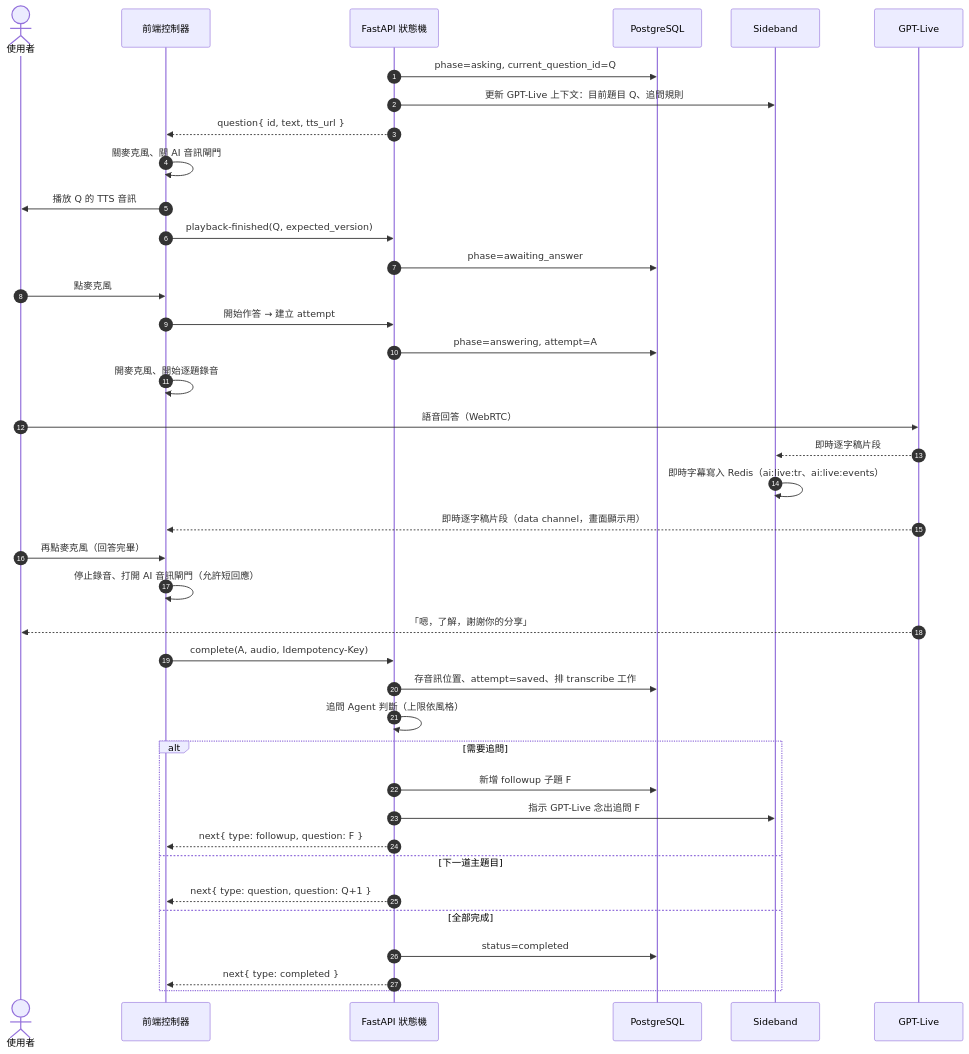
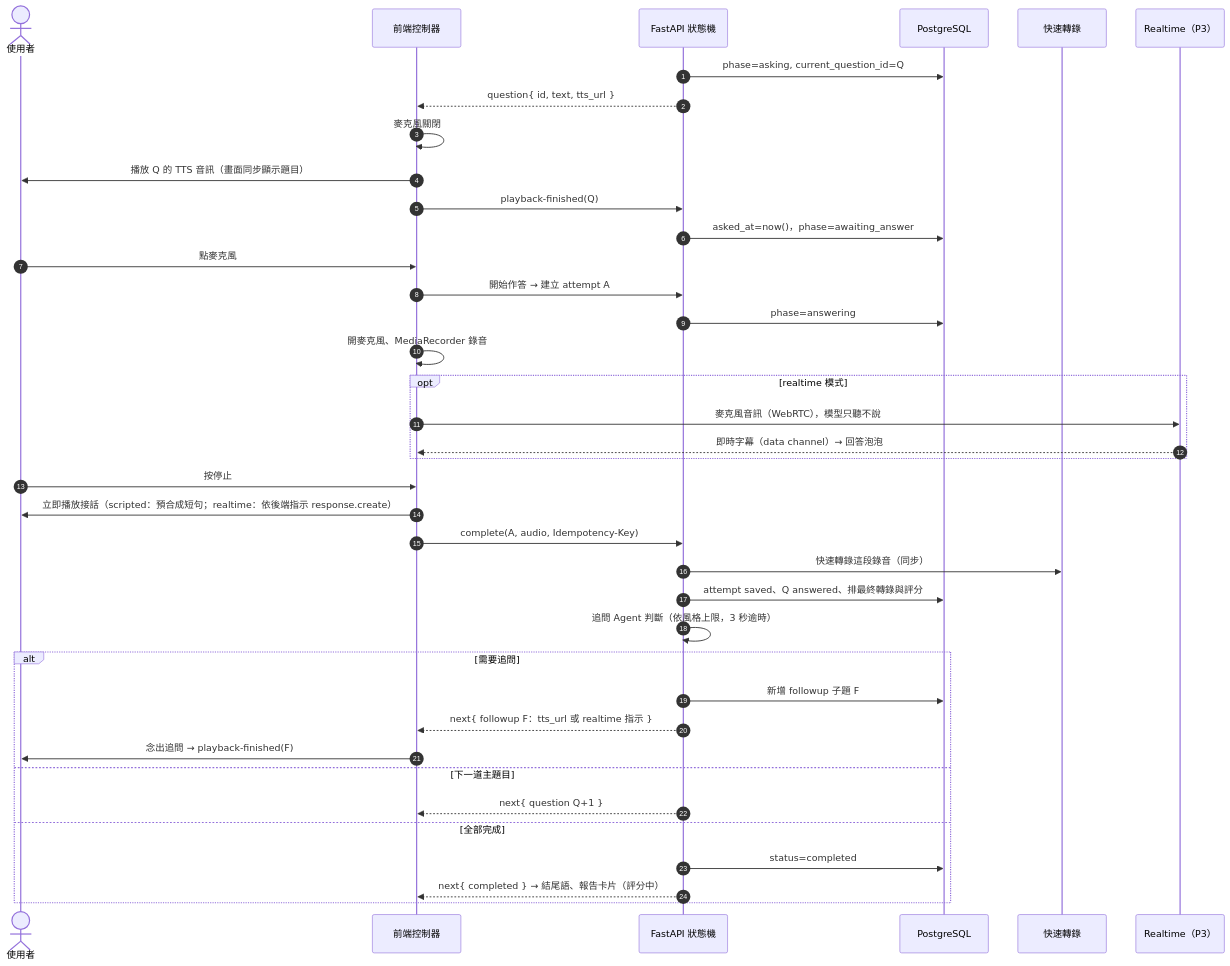
One commit to WilliamTsai1227/AI_Interview changed the sixth of 6 diagrams in spec/architecture.md. Above: the diagram before and after it, drawn with Mermaid. The commit also changed other lines of this file and 4 other files, not shown here.

````diff
--- a/spec/architecture.md
+++ b/spec/architecture.md
@@ -413,42 +440,41 @@
 ```mermaid
 sequenceDiagram
     autonumber
     actor U as 使用者
     participant FE as 前端控制器
     participant API as FastAPI 狀態機
     participant DB as PostgreSQL
-    participant SB as Sideband
-    participant GL as GPT-Live
+    participant STT as 快速轉錄
+    participant RT as Realtime（P3）
 
     API->>DB: phase=asking, current_question_id=Q
-    API->>SB: 更新 GPT-Live 上下文：目前題目 Q、追問規則
     API-->>FE: question{ id, text, tts_url }
-    FE->>FE: 關麥克風、關 AI 音訊閘門
-    FE->>U: 播放 Q 的 TTS 音訊
-    FE->>API: playback-finished(Q, expected_version)
-    API->>DB: phase=awaiting_answer
+    FE->>FE: 麥克風關閉
+    FE->>U: 播放 Q 的 TTS 音訊（畫面同步顯示題目）
+    FE->>API: playback-finished(Q)
+    API->>DB: asked_at=now()，phase=awaiting_answer
     U->>FE: 點麥克風
-    FE->>API: 開始作答 → 建立 attempt
-    API->>DB: phase=answering, attempt=A
-    FE->>FE: 開麥克風、開始逐題錄音
-    U->>GL: 語音回答（WebRTC）
-    GL-->>SB: 即時逐字稿片段
-    SB->>SB: 即時字幕寫入 Redis（ai:live:tr、ai:live:events）
-    GL-->>FE: 即時逐字稿片段（data channel，畫面顯示用）
-    U->>FE: 再點麥克風（回答完畢）
-    FE->>FE: 停止錄音、打開 AI 音訊閘門（允許短回應）
-    GL-->>U: 「嗯，了解，謝謝你的分享」
+    FE->>API: 開始作答 → 建立 attempt A
+    API->>DB: phase=answering
+    FE->>FE: 開麥克風、MediaRecorder 錄音
+    opt realtime 模式
+        FE->>RT: 麥克風音訊（WebRTC），模型只聽不說
+        RT-->>FE: 即時字幕（data channel）→ 回答泡泡
+    end
+    U->>FE: 按停止
+    FE->>U: 立即播放接話（scripted：預合成短句；realtime：依後端指示 response.create）
     FE->>API: complete(A, audio, Idempotency-Key)
-    API->>DB: 存音訊位置、attempt=saved、排 transcribe 工作
-    API->>API: 追問 Agent 判斷（上限依風格）
+    API->>STT: 快速轉錄這段錄音（同步）
+    API->>DB: attempt saved、Q answered、排最終轉錄與評分
+    API->>API: 追問 Agent 判斷（依風格上限，3 秒逾時）
     alt 需要追問
         API->>DB: 新增 followup 子題 F
-        API->>SB: 指示 GPT-Live 念出追問 F
-        API-->>FE: next{ type: followup, question: F }
+        API-->>FE: next{ followup F：tts_url 或 realtime 指示 }
+        FE->>U: 念出追問 → playback-finished(F)
     else 下一道主題目
-        API-->>FE: next{ type: question, question: Q+1 }
+        API-->>FE: next{ question Q+1 }
     else 全部完成
         API->>DB: status=completed
-        API-->>FE: next{ type: completed }
+        API-->>FE: next{ completed } → 結尾語、報告卡片（評分中）
     end
 ```
````
